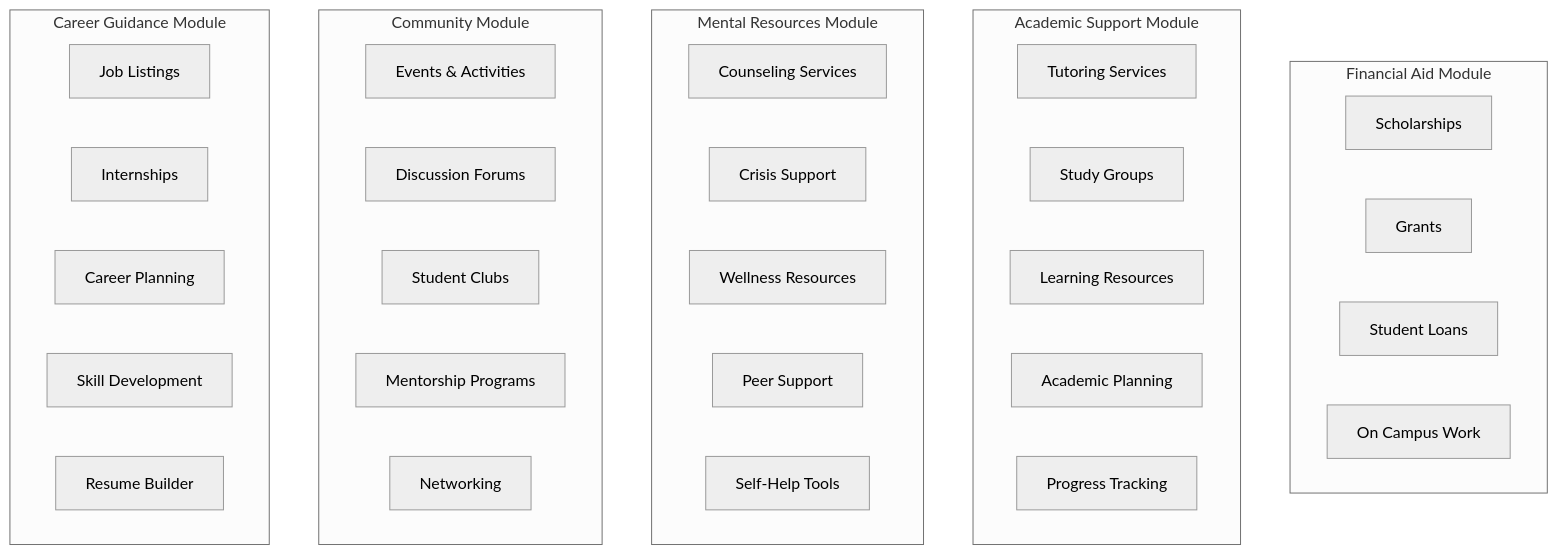
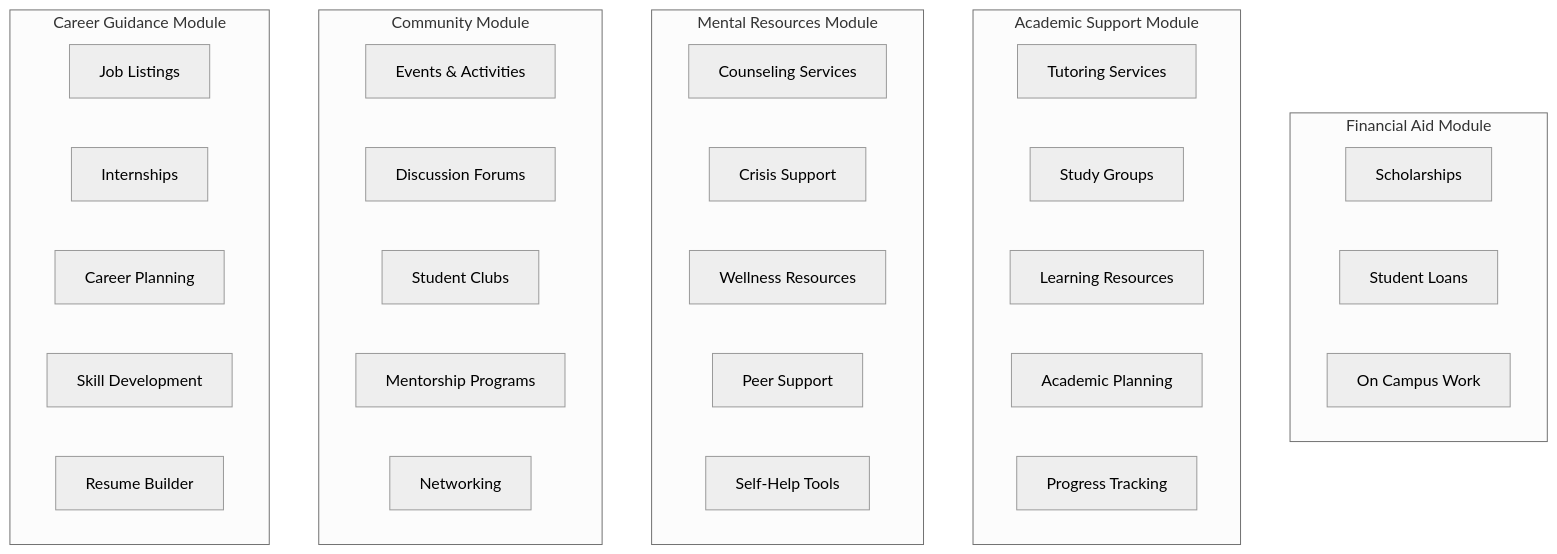
Before and after one commit to charankandukuri-52/The-Student-Voice: the third of 9 diagrams in HLDDiagram.md, drawn with Mermaid (neutral theme).

````diff
--- a/HLDDiagram.md
+++ b/HLDDiagram.md
@@ -87,41 +87,40 @@
 ```mermaid
 graph TB
     subgraph FinancialAid["Financial Aid Module"]
         Scholarships[Scholarships]
-        Grants[Grants]
         Loans[Student Loans]
        onCampusWork[On Campus Work]
     end
 
     subgraph AcademicSupport["Academic Support Module"]
         Tutoring[Tutoring Services]
         StudyGroups[Study Groups]
         Resources[Learning Resources]
         Planning[Academic Planning]
         Progress[Progress Tracking]
     end
 
     subgraph MentalResources["Mental Resources Module"]
         Counseling[Counseling Services]
         Crisis[Crisis Support]
         Wellness[Wellness Resources]
         Support[Peer Support]
         SelfHelp[Self-Help Tools]
     end
 
     subgraph Community["Community Module"]
         Events[Events & Activities]
         Forums[Discussion Forums]
         Clubs[Student Clubs]
         Mentorship[Mentorship Programs]
         Networking[Networking]
     end
 
     subgraph CareerGuidance["Career Guidance Module"]
         Jobs[Job Listings]
         Internships[Internships]
         Career[Career Planning]
         Skills[Skill Development]
         Resume[Resume Builder]
     end
 ```
````
